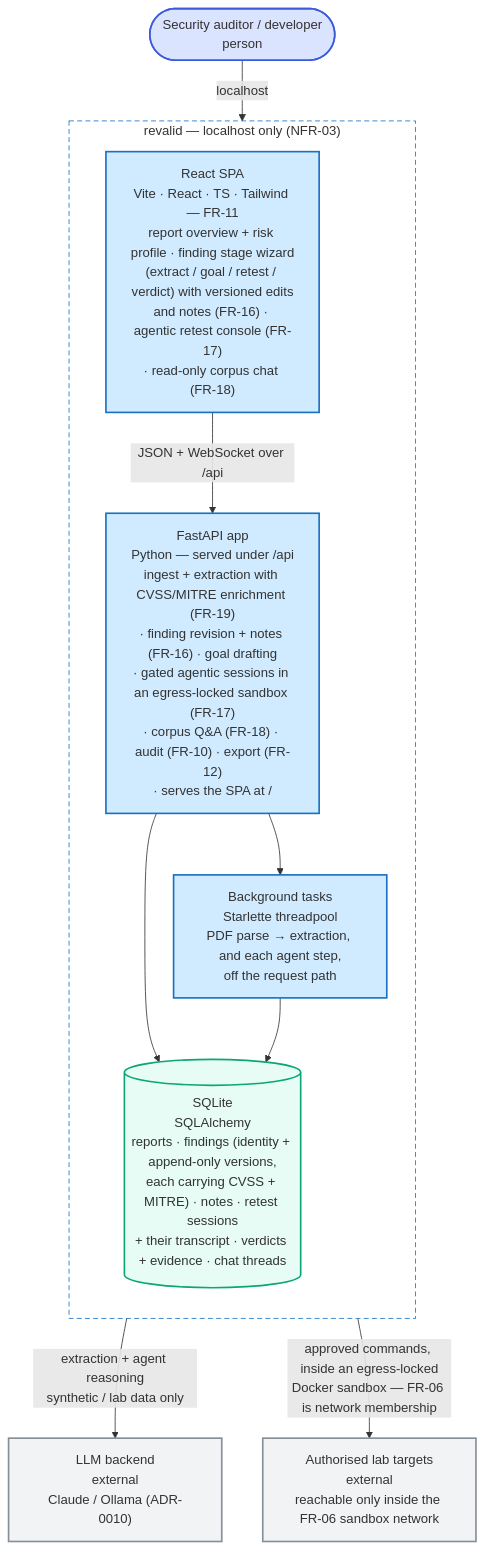
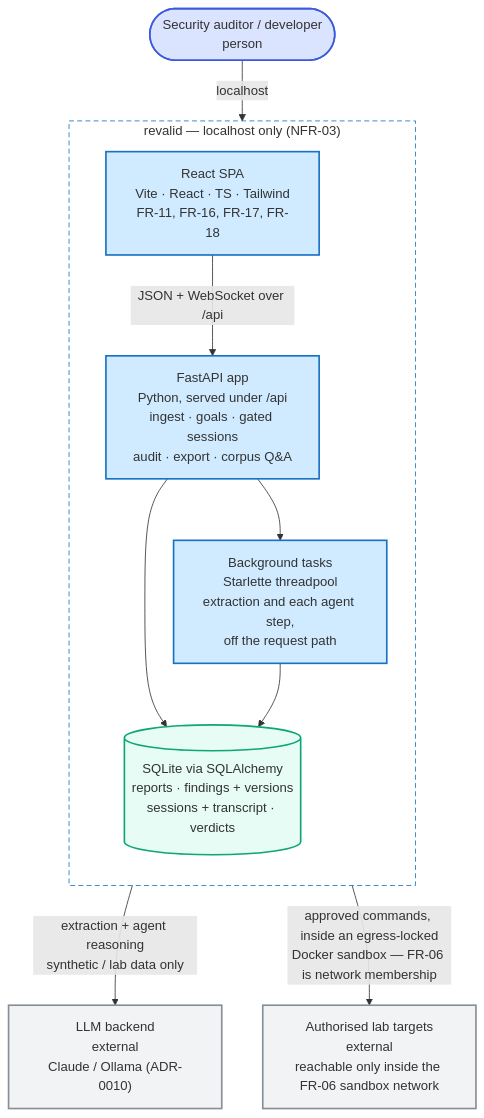
One commit to SelfishCoconut/revalid changed the second of 8 diagrams in docs/architecture/c4.md. Above: the diagram before and after it, drawn with Mermaid. The commit also changed other lines of this file and 14 other files, not shown here.

First line of the commit message:
docs(thesis): add the Design chapter, with figures generated from the architecture docs (#199)

````diff
--- a/docs/architecture/c4.md
+++ b/docs/architecture/c4.md
@@ -36,33 +38,33 @@
 ```mermaid
 flowchart TB
     AUD(["Security auditor / developer<br/>person"])
 
     subgraph BOUND["revalid — localhost only (NFR-03)"]
         direction TB
-        SPA["React SPA<br/>Vite · React · TS · Tailwind — FR-11<br/>report overview + risk profile · finding stage wizard<br/>(extract / goal / retest / verdict) with versioned edits<br/>and notes (FR-16) · agentic retest console (FR-17)<br/>· read-only corpus chat (FR-18)"]
-        API["FastAPI app<br/>Python — served under /api<br/>ingest + extraction with CVSS/MITRE enrichment (FR-19)<br/>· finding revision + notes (FR-16) · goal drafting<br/>· gated agentic sessions in an egress-locked sandbox (FR-17)<br/>· corpus Q&A (FR-18) · audit (FR-10) · export (FR-12)<br/>· serves the SPA at /"]
-        WRK["Background tasks<br/>Starlette threadpool<br/>PDF parse → extraction, and each agent step,<br/>off the request path"]
-        DB[("SQLite<br/>SQLAlchemy<br/>reports · findings (identity + append-only versions,<br/>each carrying CVSS + MITRE) · notes · retest sessions<br/>+ their transcript · verdicts + evidence · chat threads")]
+        SPA["React SPA<br/>Vite · React · TS · Tailwind<br/>FR-11, FR-16, FR-17, FR-18"]
+        API["FastAPI app<br/>Python, served under /api<br/>ingest · goals · gated sessions<br/>audit · export · corpus Q&A"]
+        WRK["Background tasks<br/>Starlette threadpool<br/>extraction and each agent step,<br/>off the request path"]
+        DB[("SQLite via SQLAlchemy<br/>reports · findings + versions<br/>sessions + transcript · verdicts")]
     end
 
     LLM["LLM backend<br/>external<br/>Claude / Ollama (ADR-0010)"]
     LAB["Authorised lab targets<br/>external<br/>reachable only inside the FR-06 sandbox network"]
 
     AUD -->|"localhost"| SPA
     SPA -->|"JSON + WebSocket over /api"| API
     API --> WRK
     API --> DB
     WRK --> DB
     WRK -->|"extraction + agent reasoning<br/>synthetic / lab data only"| LLM
     API -->|"approved commands, inside an egress-locked<br/>Docker sandbox — FR-06 is network membership"| LAB
 
     classDef person fill:#dbe4ff,stroke:#3b5bdb,stroke-width:2px
     classDef container fill:#d0ebff,stroke:#1971c2,stroke-width:2px
     classDef store fill:#e6fcf5,stroke:#0ca678,stroke-width:2px
     classDef ext fill:#f1f3f5,stroke:#868e96,stroke-width:2px
     class AUD person
     class SPA,API,WRK container
     class DB store
     class LLM,LAB ext
     style BOUND fill:none,stroke:#1971c2,stroke-dasharray:6 4
 ```
````
